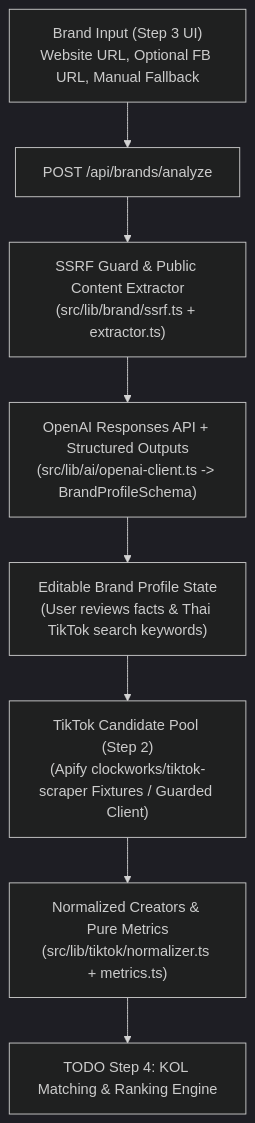
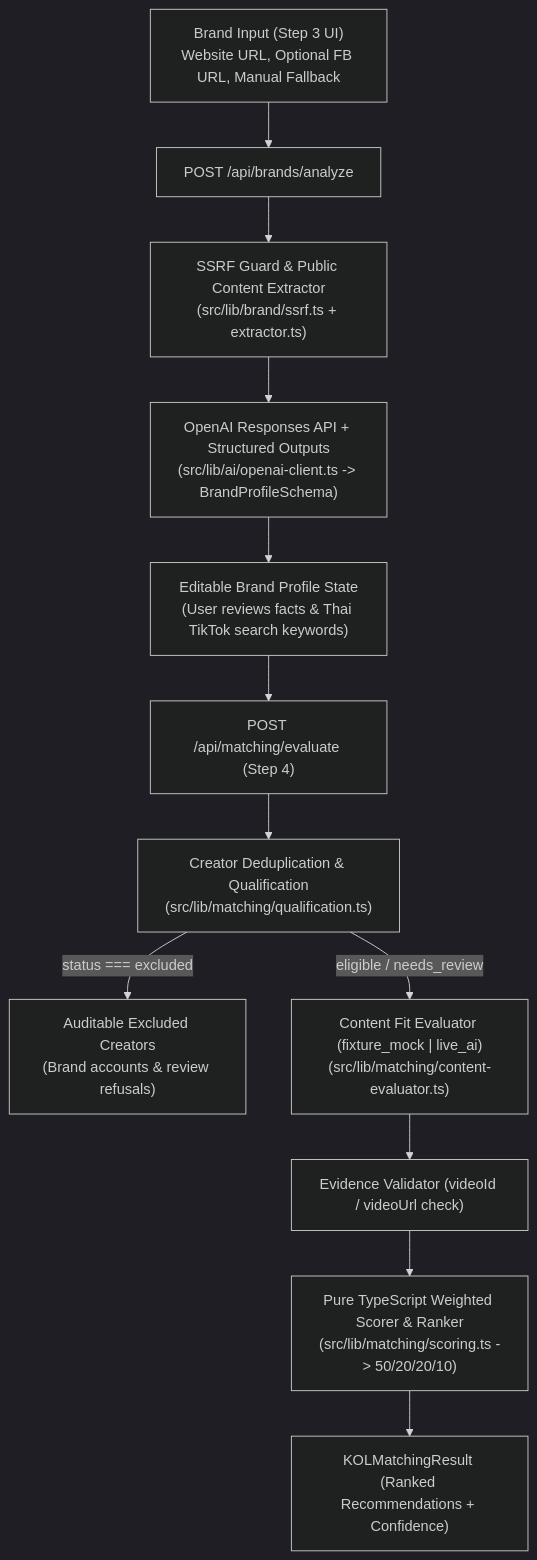
Before and after one commit to worapon888/convert-cake-kol-matcher: the diagram in docs/architecture.md, drawn with Mermaid (dark theme). The commit also changed other lines of this file and 15 other files, not shown here.

Commit message:
feat(matching): implement Step 4 KOL matching and ranking engine, qualification, scoring, and tests

````diff
--- a/docs/architecture.md
+++ b/docs/architecture.md
@@ -14,10 +15,14 @@
 ```mermaid
 flowchart TD
     A["Brand Input (Step 3 UI)\nWebsite URL, Optional FB URL, Manual Fallback"] --> B["POST /api/brands/analyze"]
     B --> C["SSRF Guard & Public Content Extractor\n(src/lib/brand/ssrf.ts + extractor.ts)"]
     C --> D["OpenAI Responses API + Structured Outputs\n(src/lib/ai/openai-client.ts -> BrandProfileSchema)"]
     D --> E["Editable Brand Profile State\n(User reviews facts & Thai TikTok search keywords)"]
-    E --> F["TikTok Candidate Pool (Step 2)\n(Apify clockworks/tiktok-scraper Fixtures / Guarded Client)"]
-    F --> G["Normalized Creators & Pure Metrics\n(src/lib/tiktok/normalizer.ts + metrics.ts)"]
-    G --> H["TODO Step 4: KOL Matching & Ranking Engine"]
+    E --> F["POST /api/matching/evaluate (Step 4)"]
+    F --> G["Creator Deduplication & Qualification\n(src/lib/matching/qualification.ts)"]
+    G -- "status === excluded" --> H["Auditable Excluded Creators\n(Brand accounts & review refusals)"]
+    G -- "eligible / needs_review" --> I["Content Fit Evaluator (fixture_mock | live_ai)\n(src/lib/matching/content-evaluator.ts)"]
+    I --> J["Evidence Validator (videoId / videoUrl check)"]
+    J --> K["Pure TypeScript Weighted Scorer & Ranker\n(src/lib/matching/scoring.ts -> 50/20/20/10)"]
+    K --> L["KOLMatchingResult (Ranked Recommendations + Confidence)"]
 ```
````
